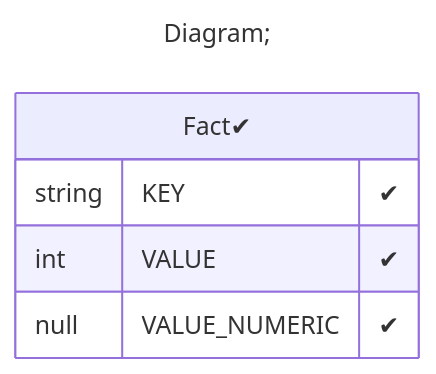
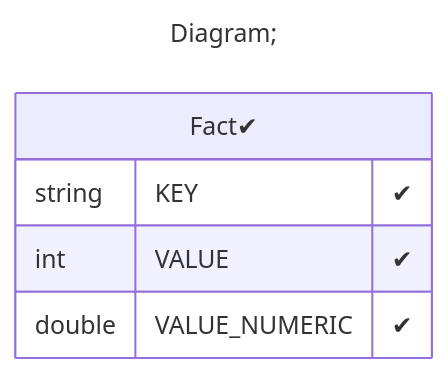
One commit to xmla-services/workground changed the third of 3 diagrams in demo/server/catalogs/tutorial_01-04-05_Cube_Measure_CalculatedMember/README.MD. Above: the diagram before and after it, drawn with Mermaid. The commit also changed 31 other files, not shown here.

````diff
--- a/demo/server/catalogs/tutorial_01-04-05_Cube_Measure_CalculatedMember/README.MD
+++ b/demo/server/catalogs/tutorial_01-04-05_Cube_Measure_CalculatedMember/README.MD
@@ -65,12 +65,12 @@
 ```mermaid
 ---
 title: Diagram;
 ---
 erDiagram
 "Fact✔"{
 string KEY "✔"
 int VALUE "✔"
-null VALUE_NUMERIC "✔"
+double VALUE_NUMERIC "✔"
 }
 
 ```
````
